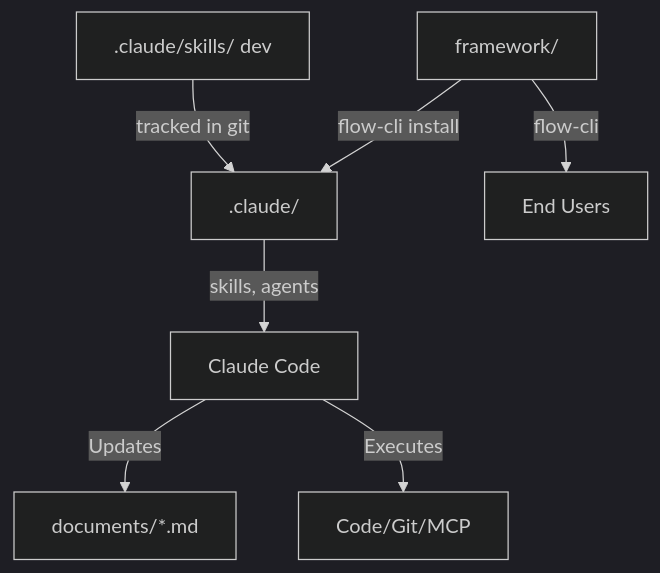
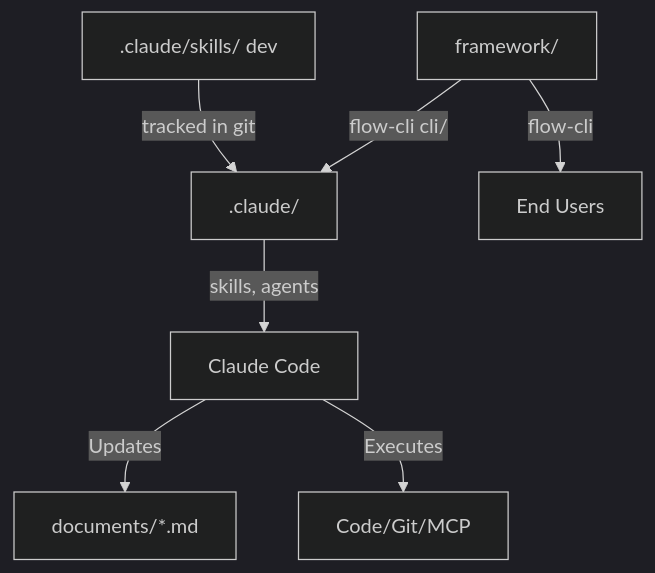
Before and after one commit to korchasa/flow: the first of 2 diagrams in documents/design.md, drawn with Mermaid (dark theme). The commit also changed other lines of this file and 56 other files, not shown here.

First line of the commit message:
refactor: merge flow-cli submodule into monorepo

````diff
--- a/documents/design.md
+++ b/documents/design.md
@@ -13,9 +13,9 @@
   ```mermaid
   graph TD
-    Framework[framework/] -->|flow-cli install| Claude[.claude/]
+    Framework[framework/] -->|flow-cli cli/| Claude[.claude/]
     DevSkills[.claude/skills/ dev] -->|tracked in git| Claude
     Claude -->|skills, agents| IDE[Claude Code]
     IDE -->|Updates| Docs[documents/*.md]
     IDE -->|Executes| Actions[Code/Git/MCP]
     Framework -->|flow-cli| Users[End Users]
   ```
````
